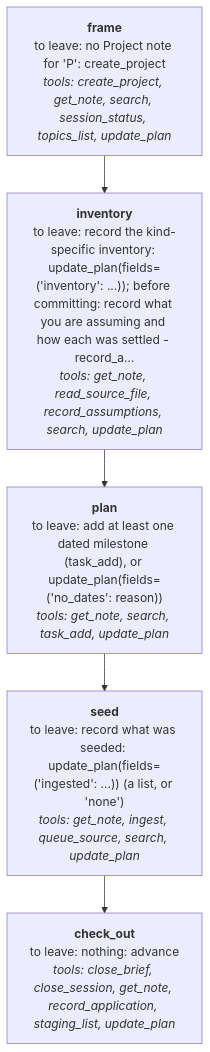
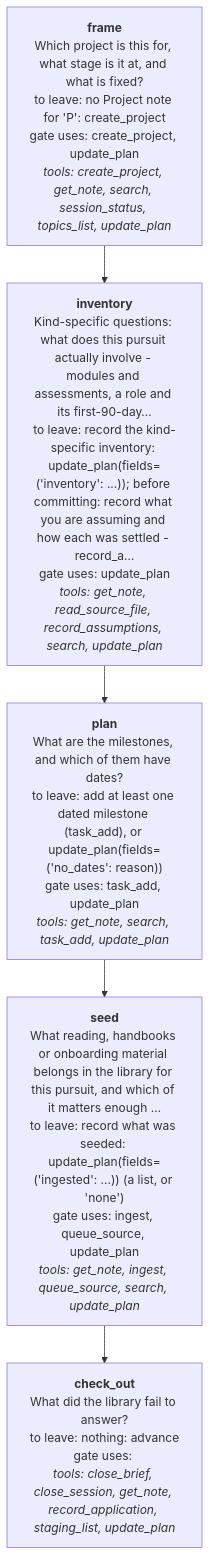
Before and after one commit to Jake36999/Librarian_V2: the sixth of 24 diagrams in reports/2026-11-20-workflow-map/WORKFLOW-MAP.md, drawn with Mermaid. The commit also changed other lines of this file and 11 other files, not shown here.

````diff
--- a/reports/2026-11-20-workflow-map/WORKFLOW-MAP.md
+++ b/reports/2026-11-20-workflow-map/WORKFLOW-MAP.md
@@ -94,12 +94,12 @@
 ```mermaid
 flowchart TD
-  p0["<b>frame</b><br/>to leave: no Project note for 'P': create_project<br/><i>tools: create_project, get_note, search, session_status, topics_list, update_plan</i>"]
-  p1["<b>inventory</b><br/>to leave: record the kind-specific inventory: update_plan(fields=('inventory': ...)); before committing: record what you are assuming and how each was settled - record_a…<br/><i>tools: get_note, read_source_file, record_assumptions, search, update_plan</i>"]
+  p0["<b>frame</b><br/>Which project is this for, what stage is it at, and what is fixed?<br/>to leave: no Project note for 'P': create_project<br/>gate uses: create_project, update_plan<br/><i>tools: create_project, get_note, search, session_status, topics_list, update_plan</i>"]
+  p1["<b>inventory</b><br/>Kind-specific questions: what does this pursuit actually involve - modules and assessments, a role and its first-90-day…<br/>to leave: record the kind-specific inventory: update_plan(fields=('inventory': ...)); before committing: record what you are assuming and how each was settled - record_a…<br/>gate uses: update_plan<br/><i>tools: get_note, read_source_file, record_assumptions, search, update_plan</i>"]
   p0 --> p1
-  p2["<b>plan</b><br/>to leave: add at least one dated milestone (task_add), or update_plan(fields=('no_dates': reason))<br/><i>tools: get_note, search, task_add, update_plan</i>"]
+  p2["<b>plan</b><br/>What are the milestones, and which of them have dates?<br/>to leave: add at least one dated milestone (task_add), or update_plan(fields=('no_dates': reason))<br/>gate uses: task_add, update_plan<br/><i>tools: get_note, search, task_add, update_plan</i>"]
   p1 --> p2
-  p3["<b>seed</b><br/>to leave: record what was seeded: update_plan(fields=('ingested': ...)) (a list, or 'none')<br/><i>tools: get_note, ingest, queue_source, search, update_plan</i>"]
+  p3["<b>seed</b><br/>What reading, handbooks or onboarding material belongs in the library for this pursuit, and which of it matters enough …<br/>to leave: record what was seeded: update_plan(fields=('ingested': ...)) (a list, or 'none')<br/>gate uses: ingest, queue_source, update_plan<br/><i>tools: get_note, ingest, queue_source, search, update_plan</i>"]
   p2 --> p3
-  p4["<b>check_out</b><br/>to leave: nothing: advance<br/><i>tools: close_brief, close_session, get_note, record_application, staging_list, update_plan</i>"]
+  p4["<b>check_out</b><br/>What did the library fail to answer?<br/>to leave: nothing: advance<br/>gate uses: <br/><i>tools: close_brief, close_session, get_note, record_application, staging_list, update_plan</i>"]
   p3 --> p4
 ```
````
